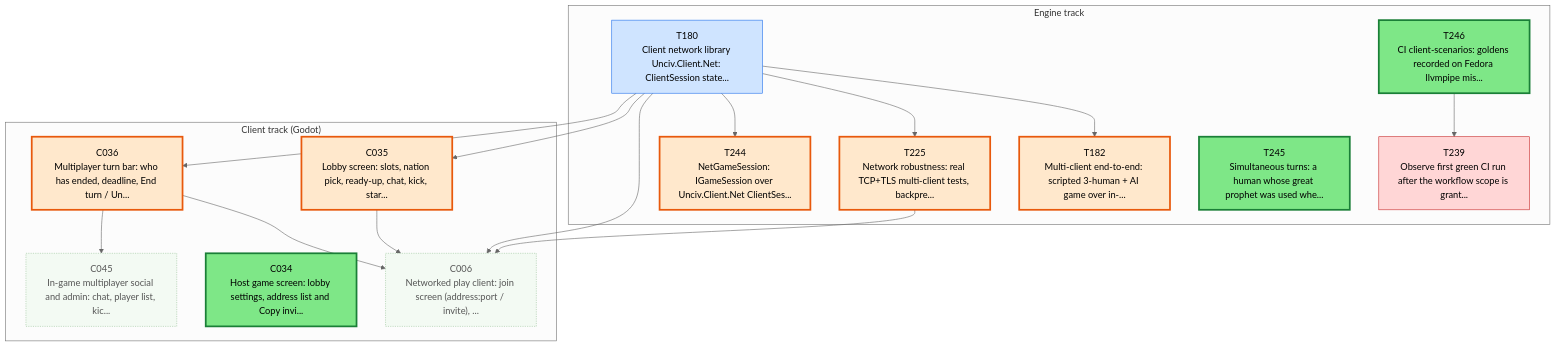
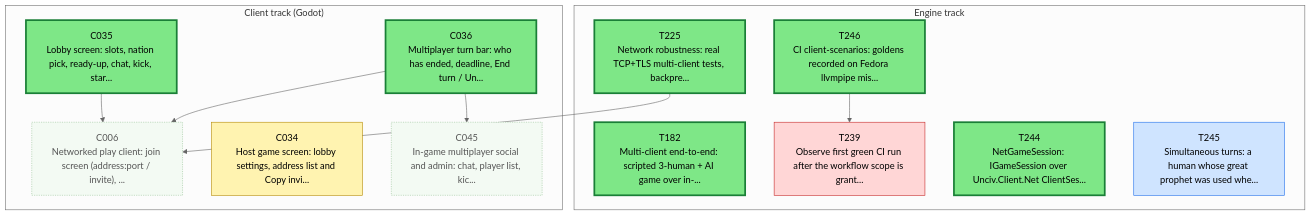
Before and after one commit to Kenmura/Unciv: the first of 3 diagrams in csharp/migration/DEPENDENCY_MAP.md, drawn with Mermaid (neutral theme). The commit also changed other lines of this file and 1 other file, not shown here.

Commit message:
migration: review T180 pass [DeepSeek]

````diff
--- a/csharp/migration/DEPENDENCY_MAP.md
+++ b/csharp/migration/DEPENDENCY_MAP.md
@@ -24,49 +24,41 @@
 ```mermaid
 flowchart TD
   subgraph TTRACK["Engine track"]
-    T180["T180<br/>Client network library Unciv.Client.Net: ClientSession state..."]
     T182["T182<br/>Multi-client end-to-end: scripted 3-human + AI game over in-..."]
     T225["T225<br/>Network robustness: real TCP+TLS multi-client tests, backpre..."]
     T239["T239<br/>Observe first green CI run after the workflow scope is grant..."]
     T244["T244<br/>NetGameSession: IGameSession over Unciv.Client.Net ClientSes..."]
     T245["T245<br/>Simultaneous turns: a human whose great prophet was used whe..."]
     T246["T246<br/>CI client-scenarios: goldens recorded on Fedora llvmpipe mis..."]
   end
   subgraph CTRACK["Client track (Godot)"]
     C006["C006<br/>Networked play client: join screen (address:port / invite), ..."]
     C034["C034<br/>Host game screen: lobby settings, address list and Copy invi..."]
     C035["C035<br/>Lobby screen: slots, nation pick, ready-up, chat, kick, star..."]
     C036["C036<br/>Multiplayer turn bar: who has ended, deadline, End turn / Un..."]
     C045["C045<br/>In-game multiplayer social and admin: chat, player list, kic..."]
   end
-  T180 --> T182
-  T180 --> T225
   T246 --> T239
-  T180 --> T244
-  T180 --> C006
   C035 --> C006
   C036 --> C006
   T225 --> C006
-  T180 --> C035
-  T180 --> C036
   C036 --> C045
   classDef waiting fill:#f3faf3,stroke:#9bc49b,color:#555,stroke-dasharray:2 2
   classDef ondeck fill:#ffe8cc,stroke:#e8590c,stroke-width:3px,color:#000
   classDef ready fill:#7ee787,stroke:#1a7f37,stroke-width:3px,color:#000
   classDef prog fill:#fff3b0,stroke:#b58900,color:#000
   classDef review fill:#cfe4ff,stroke:#1f6feb,color:#000
   classDef blocked fill:#ffd6d6,stroke:#c62828,color:#000
   classDef done fill:#eeeeee,stroke:#999999,color:#666,stroke-dasharray:4 3
   class C006 waiting
-  class C034 ready
-  class C035 ondeck
-  class C036 ondeck
+  class C034 prog
+  class C035 ready
+  class C036 ready
   class C045 waiting
-  class T180 review
-  class T182 ondeck
-  class T225 ondeck
+  class T182 ready
+  class T225 ready
   class T239 blocked
-  class T244 ondeck
-  class T245 ready
+  class T244 ready
+  class T245 review
   class T246 ready
 ```
````
